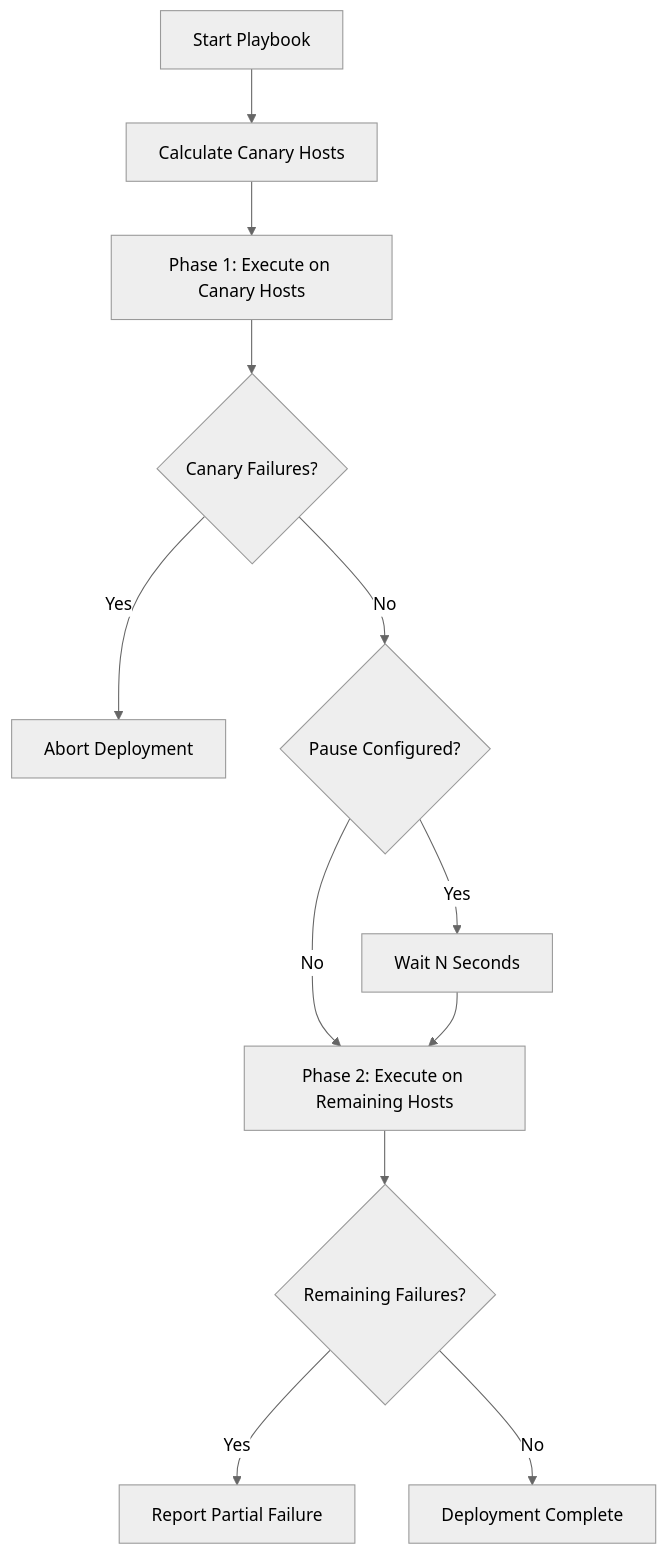
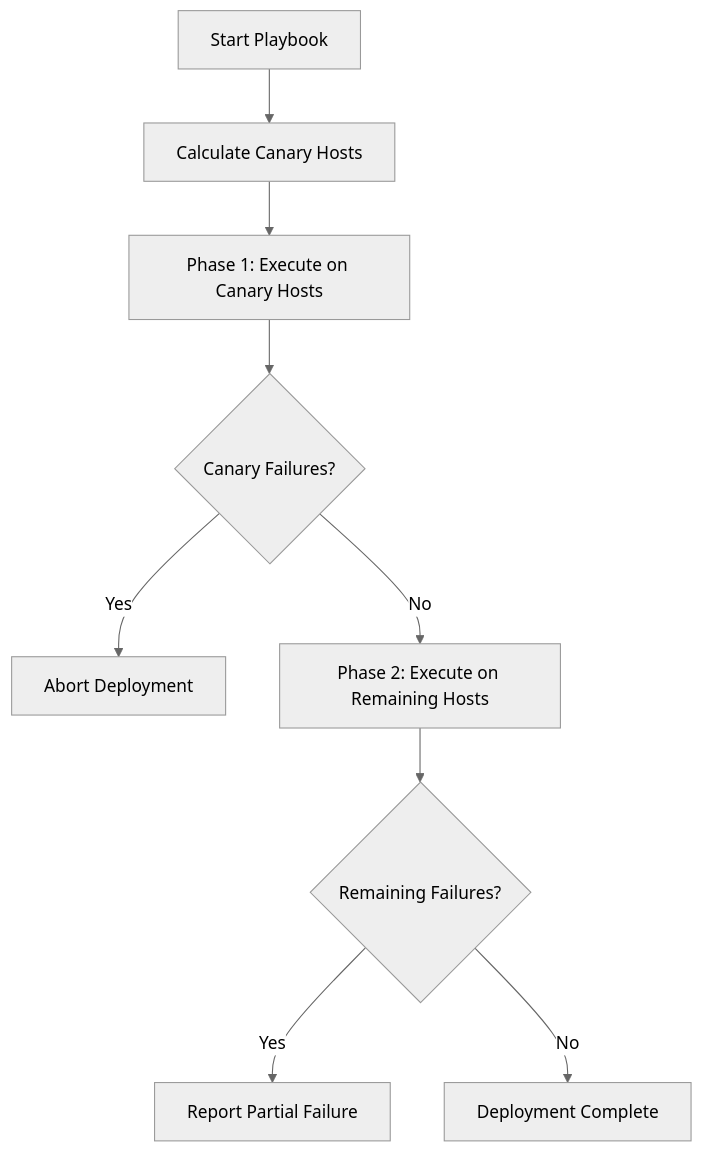
One commit to OneUptime/blog changed the diagram in posts/2026-02-21-ansible-custom-strategy-plugin/README.md. Above: the diagram before and after it, drawn with Mermaid (neutral theme). The commit also changed other lines of this file and 2 other files, not shown here.

````diff
--- a/posts/2026-02-21-ansible-custom-strategy-plugin/README.md
+++ b/posts/2026-02-21-ansible-custom-strategy-plugin/README.md
@@ -281,14 +146,11 @@
 ```mermaid
 flowchart TD
     A[Start Playbook] --> B[Calculate Canary Hosts]
     B --> C[Phase 1: Execute on Canary Hosts]
     C --> D{Canary Failures?}
     D -->|Yes| E[Abort Deployment]
-    D -->|No| F{Pause Configured?}
-    F -->|Yes| G[Wait N Seconds]
-    F -->|No| H[Phase 2: Execute on Remaining Hosts]
-    G --> H
+    D -->|No| H[Phase 2: Execute on Remaining Hosts]
     H --> I{Remaining Failures?}
     I -->|Yes| J[Report Partial Failure]
     I -->|No| K[Deployment Complete]
 ```
````
